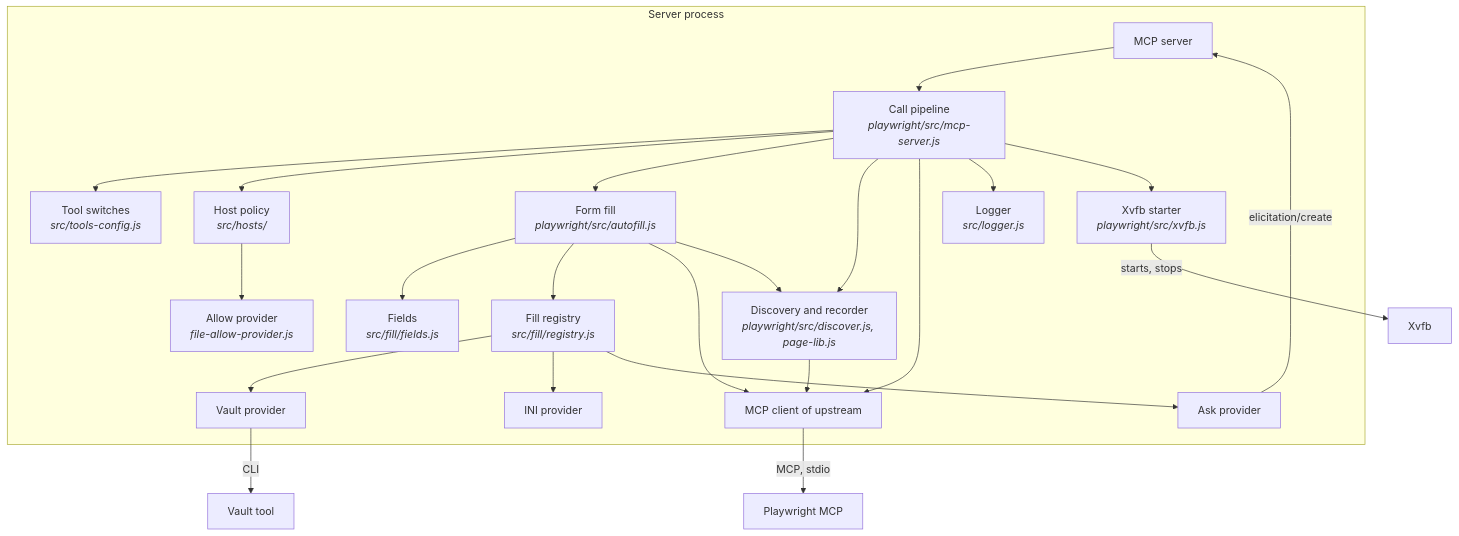
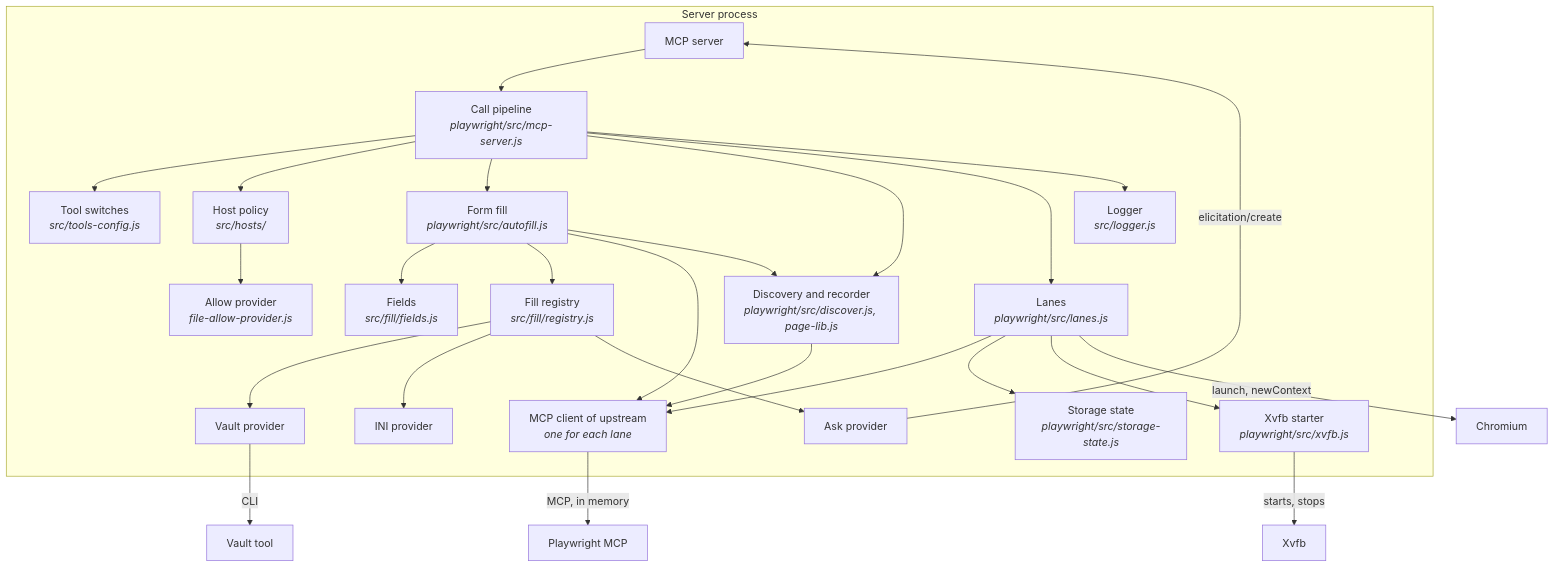
The third of 7 diagrams in tools/browser-automation-x-mcp/sdd/DESIGN.md (npstash/shared), drawn with Mermaid before and after one commit. The commit also changed other lines of this file and 16 other files, not shown here.

Commit message:
browser-automation-x-mcp: lanes for parallel agents and sessions; Playwright MCP in process; logins in a storage-state file

````diff
--- a/tools/browser-automation-x-mcp/sdd/DESIGN.md
+++ b/tools/browser-automation-x-mcp/sdd/DESIGN.md
@@ -98,26 +106,29 @@
 ```mermaid
 flowchart TD
     subgraph F[Server process]
         SV[MCP server] --> P[Call pipeline<br/><i>playwright/src/mcp-server.js</i>]
         P --> T[Tool switches<br/><i>src/tools-config.js</i>]
         P --> H[Host policy<br/><i>src/hosts/</i>]
         P --> AF[Form fill<br/><i>playwright/src/autofill.js</i>]
         AF --> FC[Fields<br/><i>src/fill/fields.js</i>]
         AF --> R[Fill registry<br/><i>src/fill/registry.js</i>]
         AF --> CL
         P --> DS[Discovery and recorder<br/><i>playwright/src/discover.js, page-lib.js</i>]
         AF --> DS
         DS --> CL
         R --> PV[Vault provider]
         R --> PI[INI provider]
         R --> PA[Ask provider]
         H --> AP[Allow provider<br/><i>file-allow-provider.js</i>]
-        P --> CL[MCP client of upstream]
+        P --> LN[Lanes<br/><i>playwright/src/lanes.js</i>]
+        LN --> CL[MCP client of upstream<br/><i>one for each lane</i>]
+        LN --> SS[Storage state<br/><i>playwright/src/storage-state.js</i>]
         P --> LG[Logger<br/><i>src/logger.js</i>]
-        P --> XV[Xvfb starter<br/><i>playwright/src/xvfb.js</i>]
+        LN --> XV[Xvfb starter<br/><i>playwright/src/xvfb.js</i>]
     end
     XV -->|starts, stops| X[Xvfb]
-    CL -->|MCP, stdio| M[Playwright MCP]
+    CL -->|MCP, in memory| M[Playwright MCP]
+    LN -->|launch, newContext| B[Chromium]
     PA -->|elicitation/create| SV
     PV -->|CLI| V[Vault tool]
 ```
````
